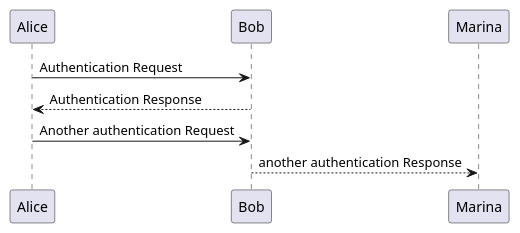
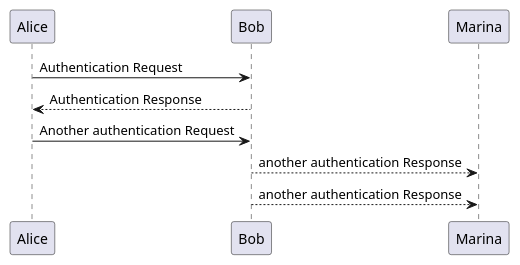
The diagram in activation/sd/dds.puml (igordumchykov/sd), drawn with PlantUML before and after one commit.

```diff
--- a/activation/sd/dds.puml
+++ b/activation/sd/dds.puml
@@ -1,7 +1,8 @@
 @startuml
 Alice -> Bob: Authentication Request
 Bob --> Alice: Authentication Response
 
 Alice -> Bob: Another authentication Request
 Marina <-- Bob: another authentication Response
+Bob --> Marina: another authentication Response
 @enduml
```
